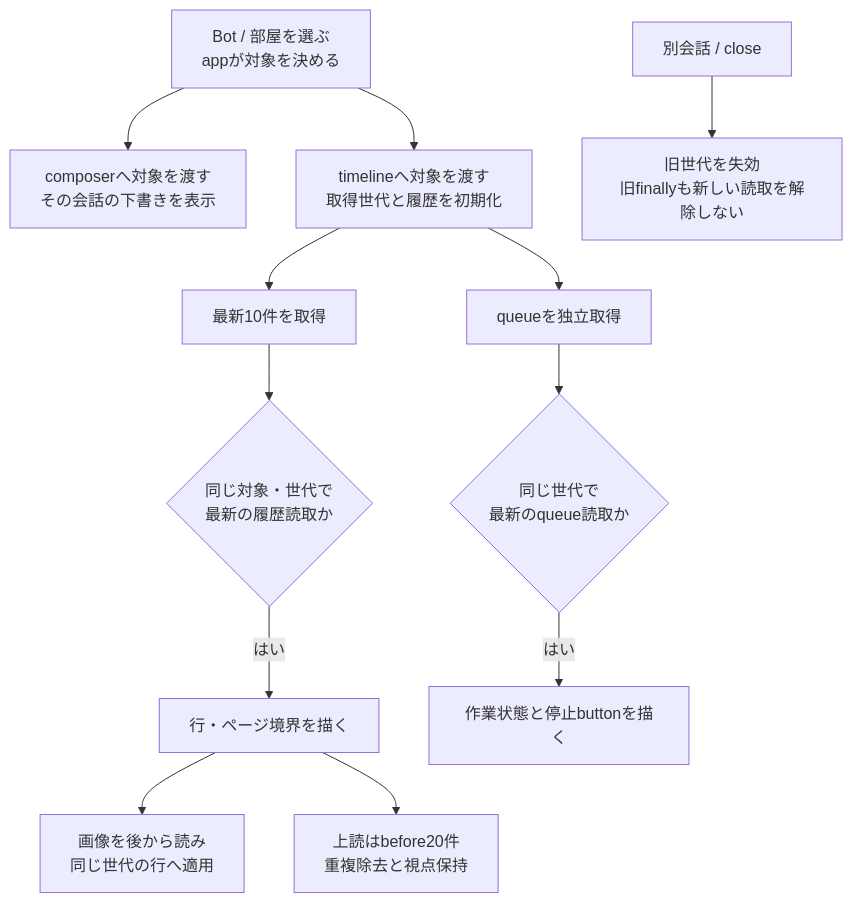
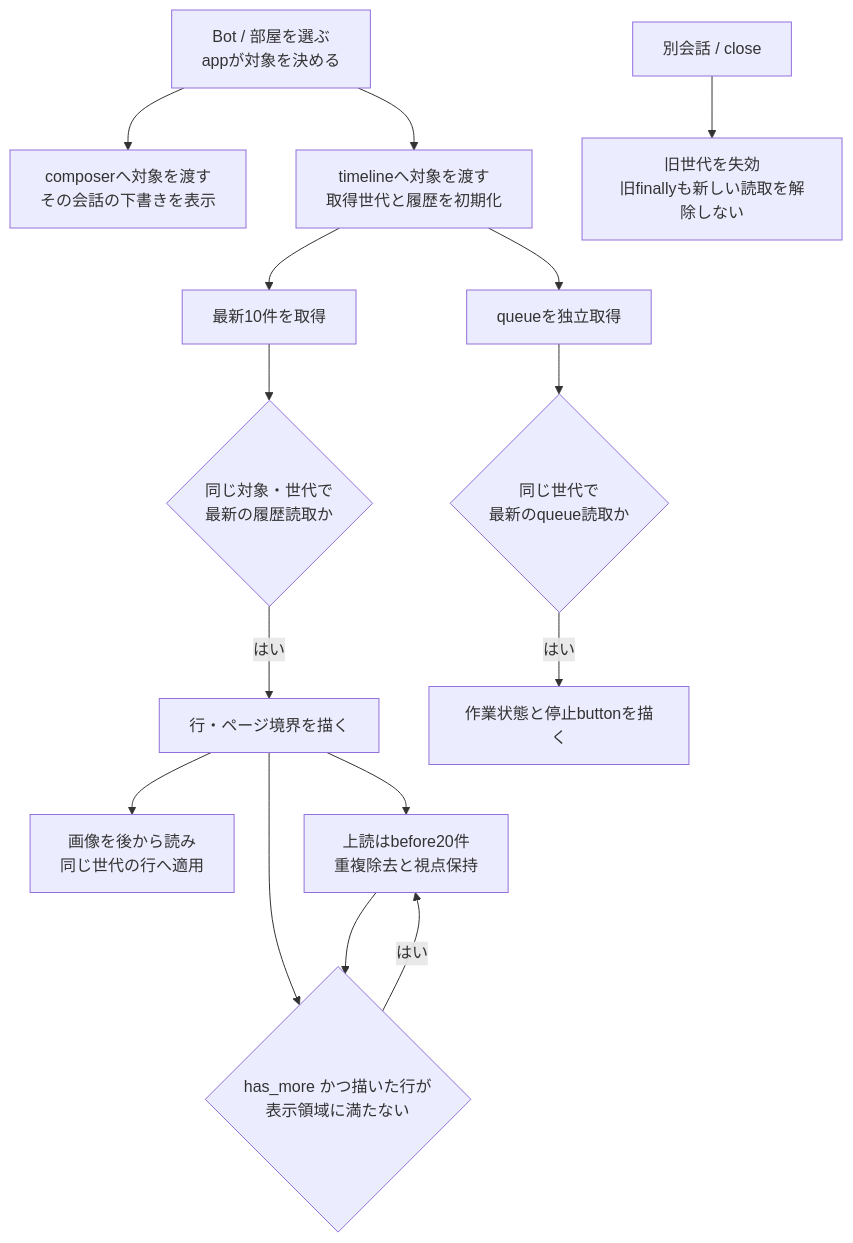
Before and after one commit to kitepon/BellTeam: the third of 16 diagrams in docs/architecture/modules/web/conversation.md, drawn with Mermaid. The commit also changed other lines of this file and 2 other files, not shown here.

Commit message:
a471-web-fill-first-page: the Web reads older pages until the first screen is filled
The newest 10 items of a machine seat's turn fit in the viewport, so no scroll
fired and thinking / tool_use rows stayed unread while has_more was true.

````diff
--- a/docs/architecture/modules/web/conversation.md
+++ b/docs/architecture/modules/web/conversation.md
@@ -76,14 +76,17 @@
 ```mermaid
 flowchart TD
   Select["Bot / 部屋を選ぶ<br/>appが対象を決める"] --> Input["composerへ対象を渡す<br/>その会話の下書きを表示"]
   Select --> Open["timelineへ対象を渡す<br/>取得世代と履歴を初期化"]
   Open --> Page["最新10件を取得"]
   Open --> Queue["queueを独立取得"]
   Page --> Valid{"同じ対象・世代で<br/>最新の履歴読取か"}
   Queue --> QValid{"同じ世代で<br/>最新のqueue読取か"}
   Valid -->|"はい"| Rows["行・ページ境界を描く"]
   QValid -->|"はい"| Tail["作業状態と停止buttonを描く"]
   Rows --> Images["画像を後から読み<br/>同じ世代の行へ適用"]
   Rows --> Older["上読はbefore20件<br/>重複除去と視点保持"]
+  Rows --> Fill{"has_more かつ描いた行が<br/>表示領域に満たない"}
+  Fill -->|"はい"| Older
+  Older --> Fill
   Change["別会話 / close"] --> Invalidate["旧世代を失効<br/>旧finallyも新しい読取を解除しない"]
 ```
````
